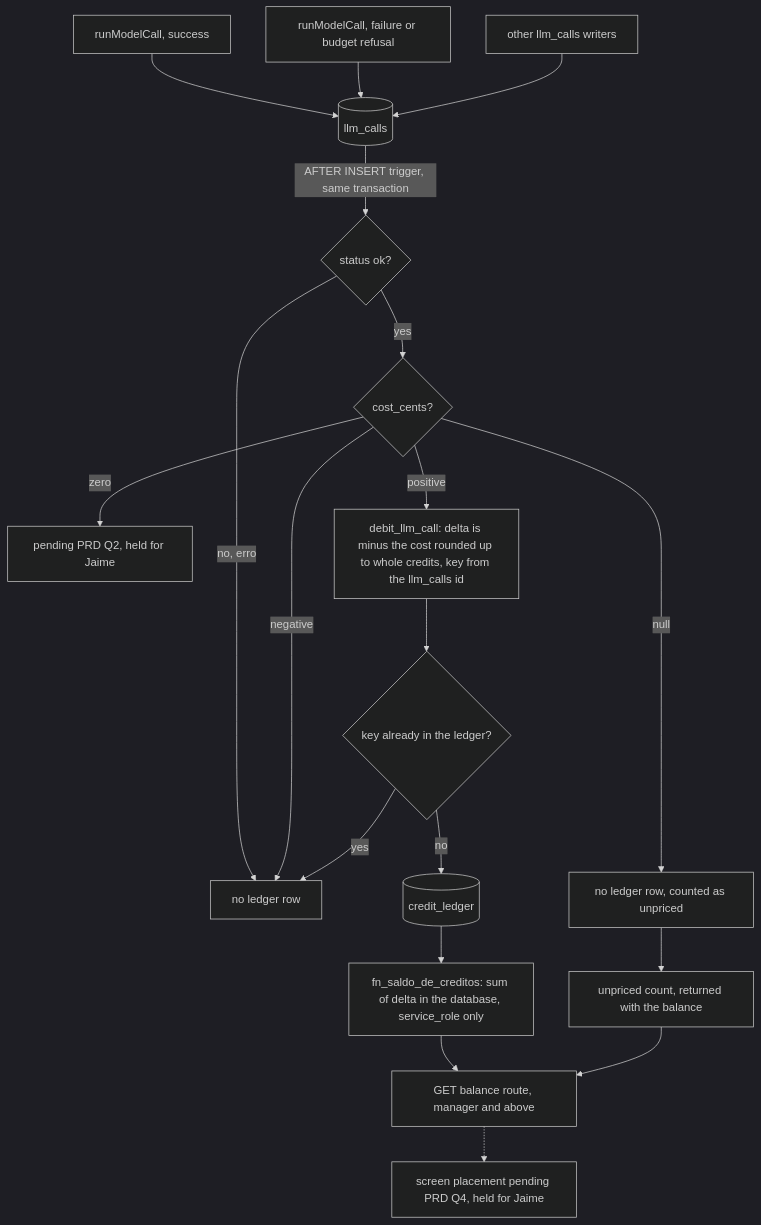
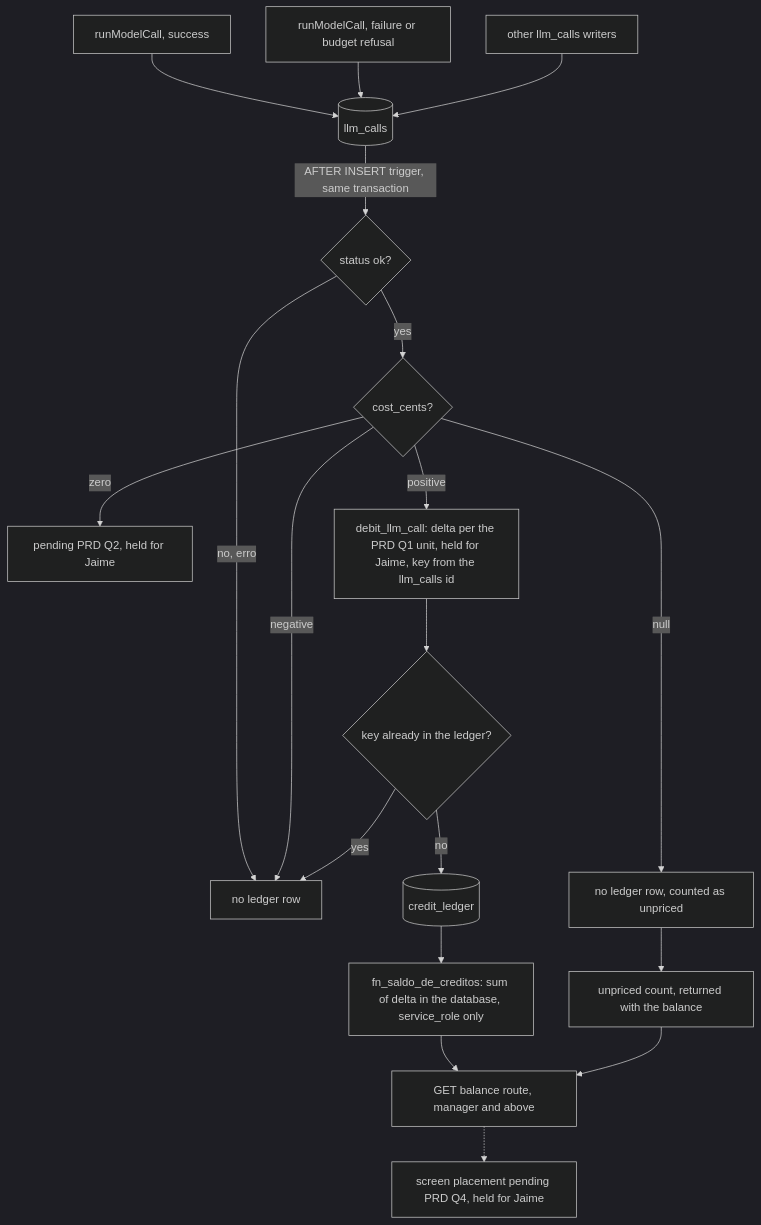
The seventh of 11 diagrams in docs/project/APP_FLOW.md (hythevc/deskcommcrm), drawn with Mermaid (dark theme) before and after one commit. The commit also changed other lines of this file and 5 other files, not shown here.

First line of the commit message:
docs(project): mark the held credits, backfill, blocking and design-authority points as pending [skip ci]

````diff
--- a/docs/project/APP_FLOW.md
+++ b/docs/project/APP_FLOW.md
@@ -430,21 +430,21 @@
 ```mermaid
 flowchart TD
     M1["runModelCall, success"] --> LC[("llm_calls")]
     M2["runModelCall, failure or budget refusal"] --> LC
     M3["other llm_calls writers"] --> LC
     LC -->|"AFTER INSERT trigger, same transaction"| T{"status ok?"}
     T -->|"no, erro"| NR["no ledger row"]
     T -->|"yes"| C{"cost_cents?"}
     C -->|"null"| UP["no ledger row, counted as unpriced"]
     C -->|"negative"| NR
     C -->|"zero"| ZC["pending PRD Q2, held for Jaime"]
-    C -->|"positive"| D["debit_llm_call: delta is minus the cost rounded up to whole credits, key from the llm_calls id"]
+    C -->|"positive"| D["debit_llm_call: delta per the PRD Q1 unit, held for Jaime, key from the llm_calls id"]
     D --> K{"key already in the ledger?"}
     K -->|"yes"| NR
     K -->|"no"| CL[("credit_ledger")]
     CL --> BAL["fn_saldo_de_creditos: sum of delta in the database, service_role only"]
     UP --> UPC["unpriced count, returned with the balance"]
     BAL --> API["GET balance route, manager and above"]
     UPC --> API
     API -.-> SCR["screen placement pending PRD Q4, held for Jaime"]
 ```
````
